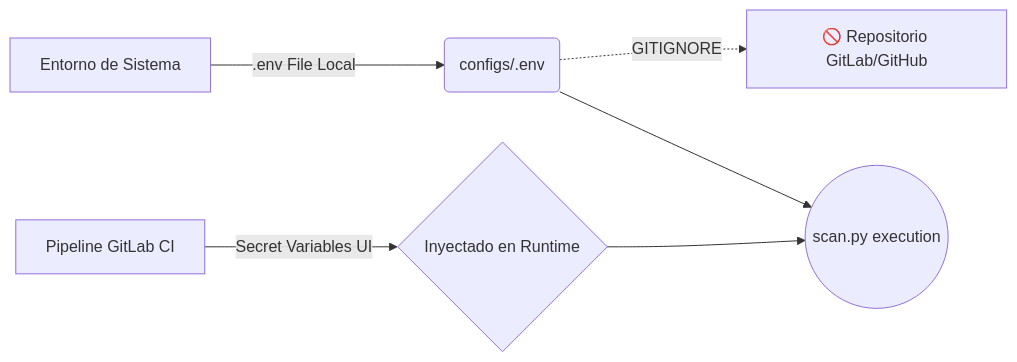
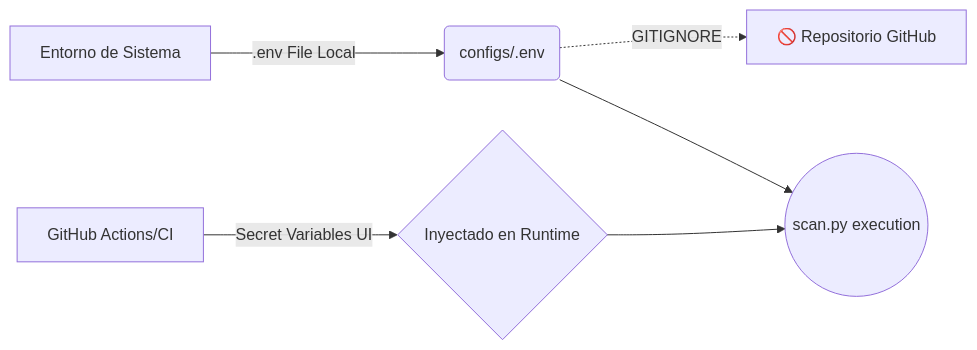
The third of 3 diagrams in diagrams/architecture.md (devsebastian44/Host-Scan), drawn with Mermaid before and after one commit. The commit also changed other lines of this file and 2 other files, not shown here.

Commit message:
chore: purge GitLab dependencies and legacy files

````diff
--- a/diagrams/architecture.md
+++ b/diagrams/architecture.md
@@ -62,8 +62,8 @@
 ```mermaid
 graph LR
     A[Entorno de Sistema] -->|.env File Local| B(configs/.env)
-    B -.->|GITIGNORE| C[🚫 Repositorio GitLab/GitHub]
-    D[Pipeline GitLab CI] -->|Secret Variables UI| E{Inyectado en Runtime}
+    B -.->|GITIGNORE| C[🚫 Repositorio GitHub]
+    D[GitHub Actions/CI] -->|Secret Variables UI| E{Inyectado en Runtime}
     E --> F((scan.py execution))
     B --> F
 ```
````
